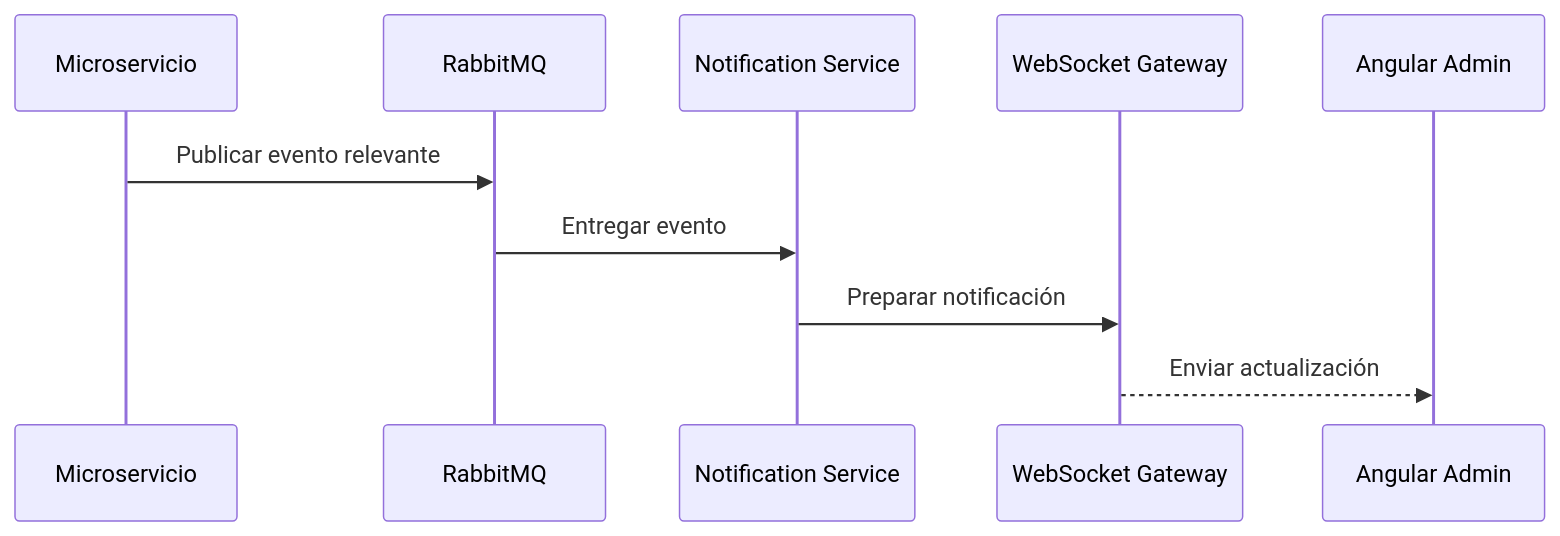
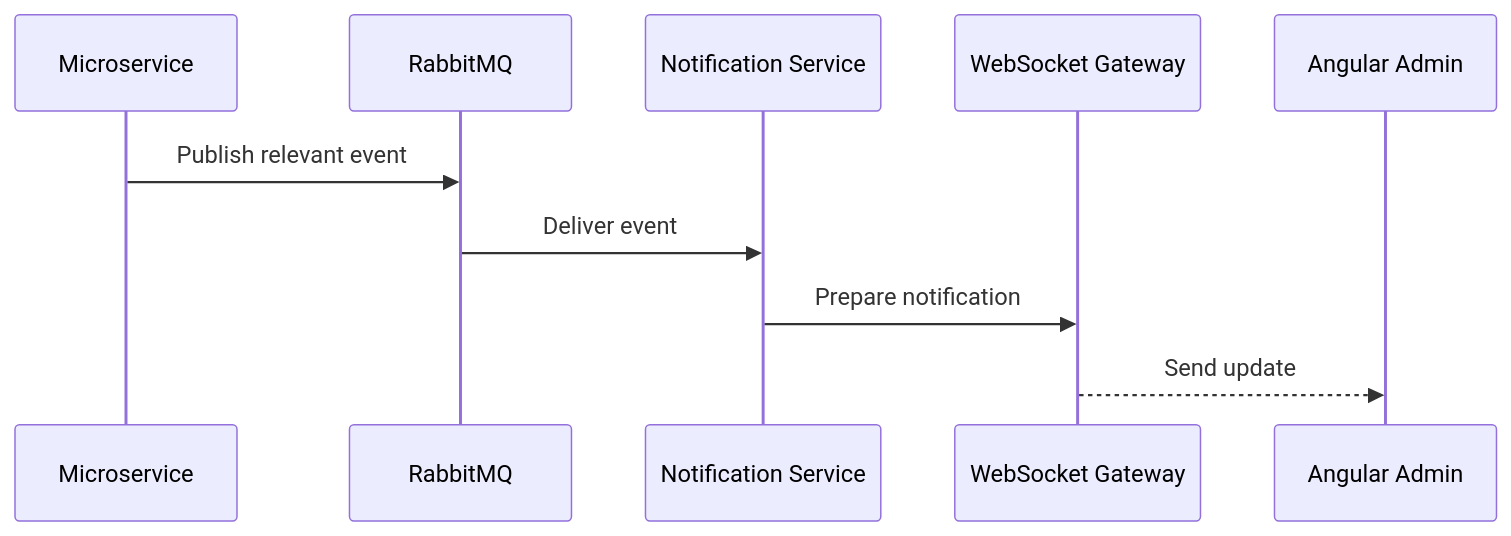
The fifth of 29 diagrams in Connectivity Strategies in Distributed Systems/ARCHITECTURE.md (migueval/software-engineering), drawn with Mermaid before and after one commit. The commit also changed other lines of this file and 19 other files, not shown here.

````diff
--- a/Connectivity Strategies in Distributed Systems/ARCHITECTURE.md
+++ b/Connectivity Strategies in Distributed Systems/ARCHITECTURE.md
@@ -316,14 +316,14 @@
 ```mermaid
 sequenceDiagram
 
-    participant Service as Microservicio
+    participant Service as Microservice
     participant MQ as RabbitMQ
     participant Notification as Notification Service
     participant WS as WebSocket Gateway
     participant Admin as Angular Admin
 
-    Service->>MQ: Publicar evento relevante
-    MQ->>Notification: Entregar evento
-    Notification->>WS: Preparar notificación
-    WS-->>Admin: Enviar actualización
+    Service->>MQ: Publish relevant event
+    MQ->>Notification: Deliver event
+    Notification->>WS: Prepare notification
+    WS-->>Admin: Send update
 ```
````
